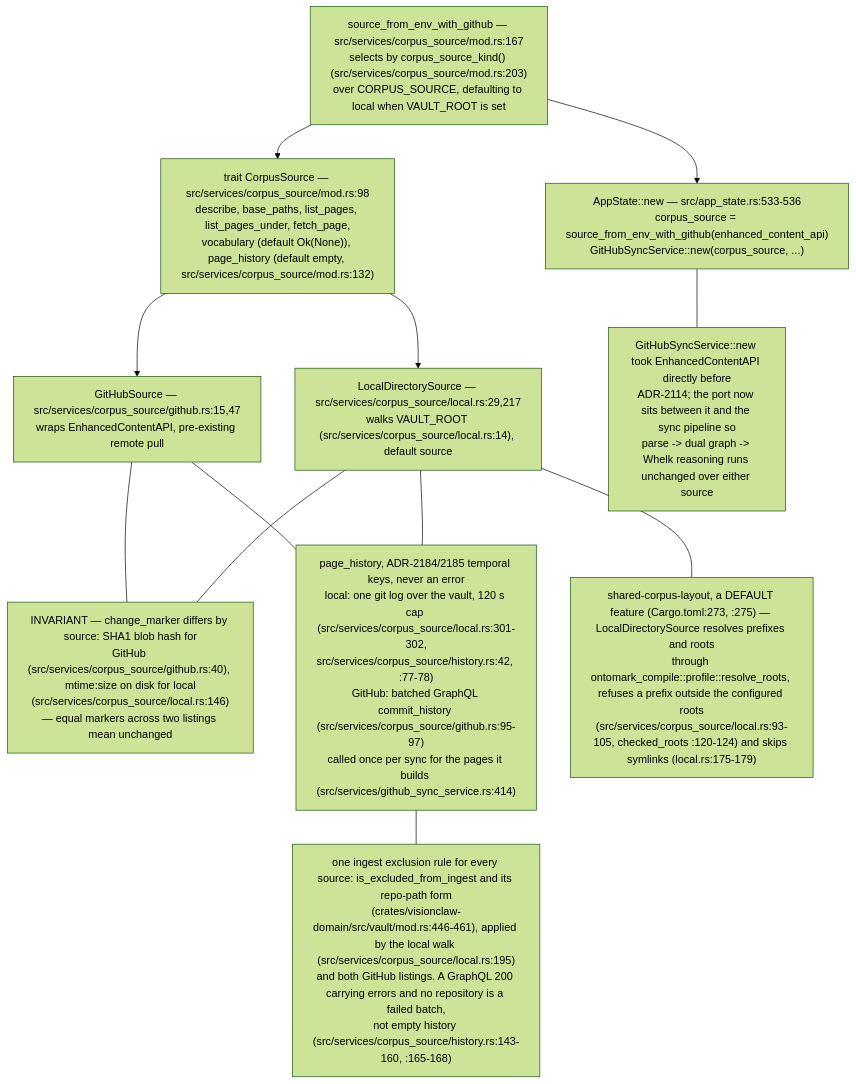
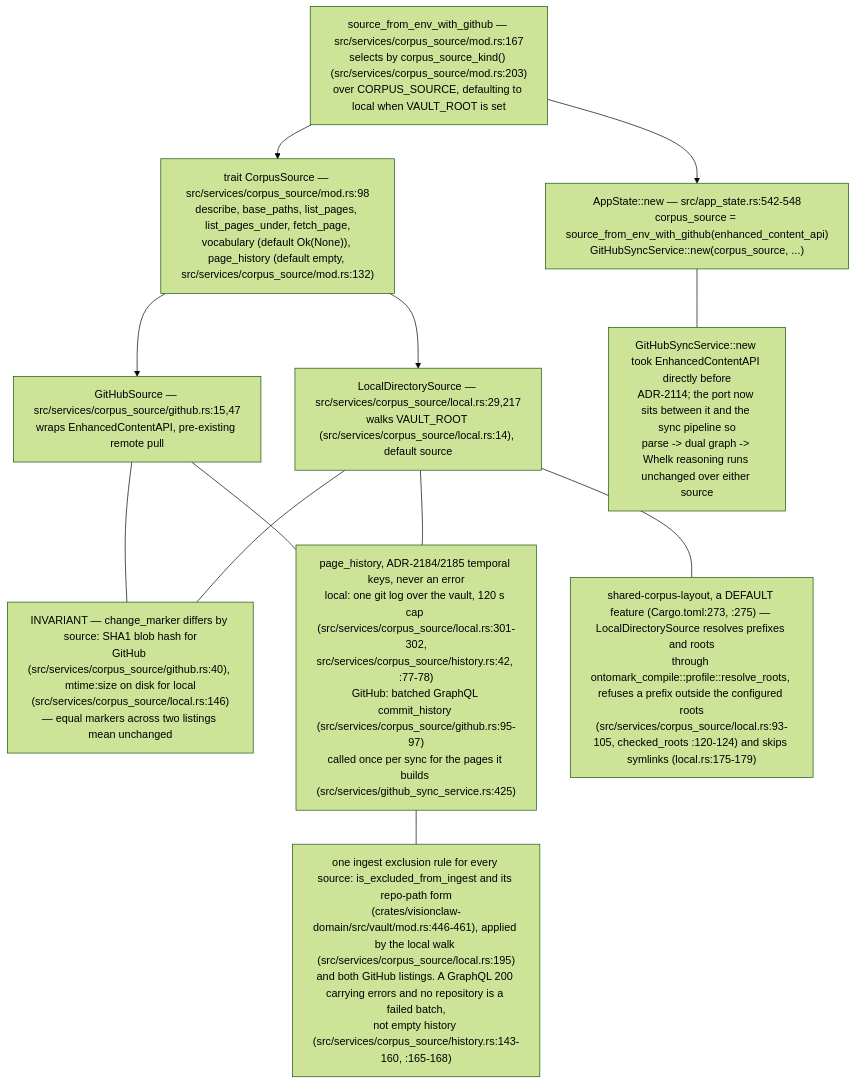
One commit to DreamLab-AI/VisionFlow changed the ninth of 9 diagrams in docs/diagrams/visionclaw/07-hexagonal-ports-and-crates.md. Above: the diagram before and after it, drawn with Mermaid (forest theme). The commit also changed other lines of this file and 49 other files, not shown here.

First line of the commit message:
docs(diagrams): re-derive and re-stamp VisionClaw, estate, knowledge-graph, visionGraph, VisionFlow and sidestr topics

````diff
--- a/docs/diagrams/visionclaw/07-hexagonal-ports-and-crates.md
+++ b/docs/diagrams/visionclaw/07-hexagonal-ports-and-crates.md
@@ -390,22 +390,22 @@
 ```mermaid
 flowchart TB
     T["trait CorpusSource — src/services/corpus_source/mod.rs:98<br/>describe, base_paths, list_pages, list_pages_under, fetch_page,<br/>vocabulary (default Ok(None)), page_history (default empty, src/services/corpus_source/mod.rs:132)"]
     T --> L["LocalDirectorySource — src/services/corpus_source/local.rs:29,217<br/>walks VAULT_ROOT (src/services/corpus_source/local.rs:14), default source"]
     T --> G["GitHubSource — src/services/corpus_source/github.rs:15,47<br/>wraps EnhancedContentAPI, pre-existing remote pull"]
     B["source_from_env_with_github — src/services/corpus_source/mod.rs:167<br/>selects by corpus_source_kind() (src/services/corpus_source/mod.rs:203)<br/>over CORPUS_SOURCE, defaulting to local when VAULT_ROOT is set"]
     B --> T
-    AS["AppState::new — src/app_state.rs:533-536<br/>corpus_source = source_from_env_with_github(enhanced_content_api)<br/>GitHubSyncService::new(corpus_source, ...)"]
+    AS["AppState::new — src/app_state.rs:542-548<br/>corpus_source = source_from_env_with_github(enhanced_content_api)<br/>GitHubSyncService::new(corpus_source, ...)"]
     B --> AS
     N1["INVARIANT — change_marker differs by source: SHA1 blob hash for<br/>GitHub (src/services/corpus_source/github.rs:40), mtime:size on disk for local<br/>(src/services/corpus_source/local.rs:146)<br/>— equal markers across two listings mean unchanged"]
     L --- N1
     G --- N1
     N2["GitHubSyncService::new took EnhancedContentAPI directly before<br/>ADR-2114; the port now sits between it and the sync pipeline so<br/>parse -> dual graph -> Whelk reasoning runs unchanged over either source"]
     AS --- N2
-    H["page_history, ADR-2184/2185 temporal keys, never an error<br/>local: one git log over the vault, 120 s cap (src/services/corpus_source/local.rs:301-302,<br/>src/services/corpus_source/history.rs:42, :77-78)<br/>GitHub: batched GraphQL commit_history (src/services/corpus_source/github.rs:95-97)<br/>called once per sync for the pages it builds (src/services/github_sync_service.rs:414)"]
+    H["page_history, ADR-2184/2185 temporal keys, never an error<br/>local: one git log over the vault, 120 s cap (src/services/corpus_source/local.rs:301-302,<br/>src/services/corpus_source/history.rs:42, :77-78)<br/>GitHub: batched GraphQL commit_history (src/services/corpus_source/github.rs:95-97)<br/>called once per sync for the pages it builds (src/services/github_sync_service.rs:425)"]
     L --- H
     G --- H
     N3["shared-corpus-layout, a DEFAULT feature (Cargo.toml:273, :275) — LocalDirectorySource resolves prefixes and roots<br/>through ontomark_compile::profile::resolve_roots, refuses a prefix outside the configured roots<br/>(src/services/corpus_source/local.rs:93-105, checked_roots :120-124) and skips symlinks (local.rs:175-179)"]
     L --- N3
     N4["one ingest exclusion rule for every source: is_excluded_from_ingest and its repo-path form<br/>(crates/visionclaw-domain/src/vault/mod.rs:446-461), applied by the local walk (src/services/corpus_source/local.rs:195)<br/>and both GitHub listings. A GraphQL 200 carrying errors and no repository is a failed batch,<br/>not empty history (src/services/corpus_source/history.rs:143-160, :165-168)"]
     H --- N4
 ```
````
